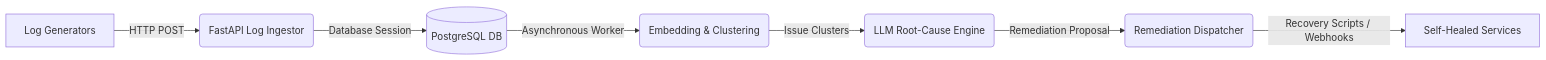
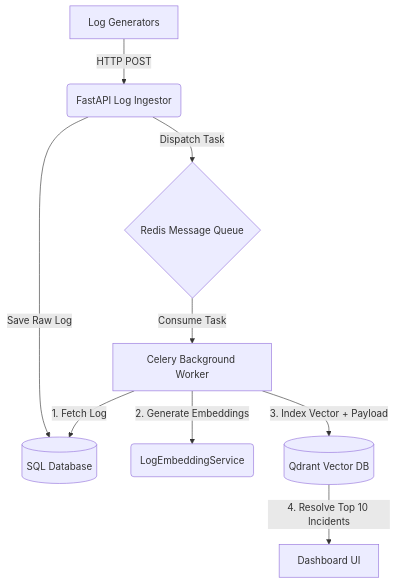
The diagram in README.md (Anurag-modgil/RootLens), drawn with Mermaid before and after one commit. The commit also changed other lines of this file, not shown here.

Commit message:
Update README.md with Celery, Redis, and Qdrant integration details

````diff
--- a/README.md
+++ b/README.md
@@ -19,9 +21,11 @@
 ```mermaid
-flowchart LR
+flowchart TD
     A[Log Generators] -->|HTTP POST| B(FastAPI Log Ingestor)
-    B -->|Database Session| C[(PostgreSQL DB)]
-    C -->|Asynchronous Worker| D(Embedding & Clustering)
-    D -->|Issue Clusters| E(LLM Root-Cause Engine)
-    E -->|Remediation Proposal| F(Remediation Dispatcher)
-    F -->|Recovery Scripts / Webhooks| G[Self-Healed Services]
+    B -->|Save Raw Log| C[(SQL Database)]
+    B -->|Dispatch Task| D{Redis Message Queue}
+    D -->|Consume Task| E[Celery Background Worker]
+    E -->|1. Fetch Log| C
+    E -->|2. Generate Embeddings| F(LogEmbeddingService)
+    E -->|3. Index Vector + Payload| G[(Qdrant Vector DB)]
+    G -->|4. Resolve Top 10 Incidents| H[Dashboard UI]
 ```
````
